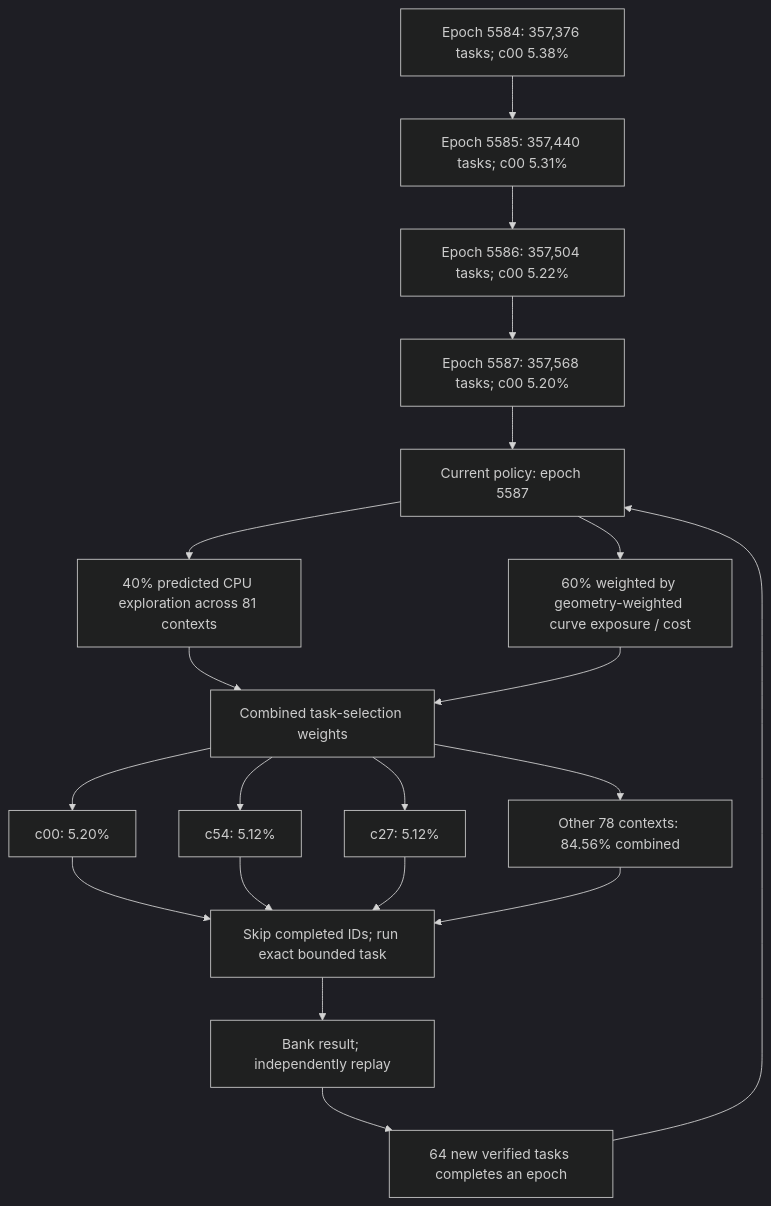
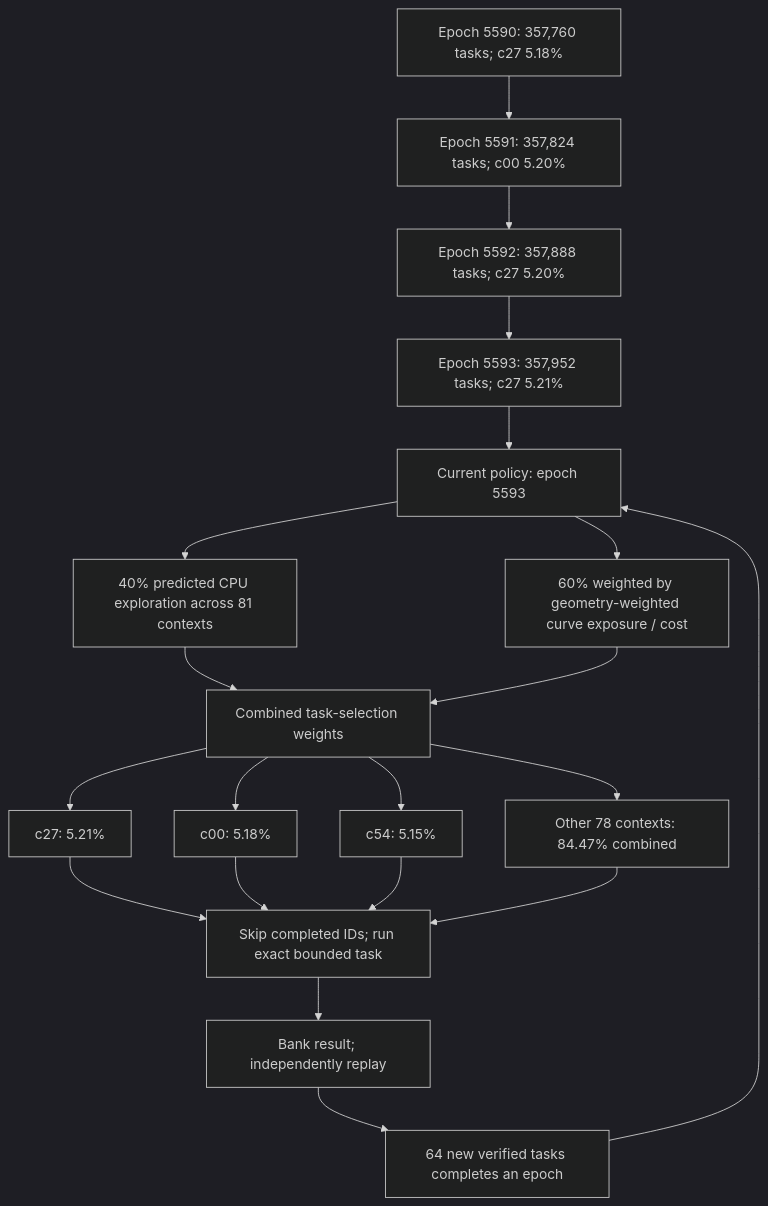
The first of 3 diagrams in README.md (Kuberwastaken/math-gambling), drawn with Mermaid (dark theme) before and after one commit. The commit also changed other lines of this file and 1233 other files, not shown here.

````diff
--- a/README.md
+++ b/README.md
@@ -60,27 +60,27 @@
 ```mermaid
 flowchart TD
-    H0["Epoch 5584: 357,376 tasks; c00 5.38%"]
-    H1["Epoch 5585: 357,440 tasks; c00 5.31%"]
+    H0["Epoch 5590: 357,760 tasks; c27 5.18%"]
+    H1["Epoch 5591: 357,824 tasks; c00 5.20%"]
     H0 --> H1
-    H2["Epoch 5586: 357,504 tasks; c00 5.22%"]
+    H2["Epoch 5592: 357,888 tasks; c27 5.20%"]
     H1 --> H2
-    H3["Epoch 5587: 357,568 tasks; c00 5.20%"]
+    H3["Epoch 5593: 357,952 tasks; c27 5.21%"]
     H2 --> H3
-    Policy["Current policy: epoch 5587"]
+    Policy["Current policy: epoch 5593"]
     H3 --> Policy
     Policy --> Explore["40% predicted CPU exploration across 81 contexts"]
     Policy --> Cost["60% weighted by geometry-weighted curve exposure / cost"]
     Explore --> Mix["Combined task-selection weights"]
     Cost --> Mix
-    Mix --> C0["c00: 5.20%"]
-    Mix --> C1["c54: 5.12%"]
-    Mix --> C2["c27: 5.12%"]
-    Mix --> Rest["Other 78 contexts: 84.56% combined"]
+    Mix --> C0["c27: 5.21%"]
+    Mix --> C1["c00: 5.18%"]
+    Mix --> C2["c54: 5.15%"]
+    Mix --> Rest["Other 78 contexts: 84.47% combined"]
     C0 --> Check["Skip completed IDs; run exact bounded task"]
     C1 --> Check
     C2 --> Check
     Rest --> Check
     Check --> Replay["Bank result; independently replay"]
     Replay --> Gate["64 new verified tasks completes an epoch"]
     Gate --> Policy
 ```
````
